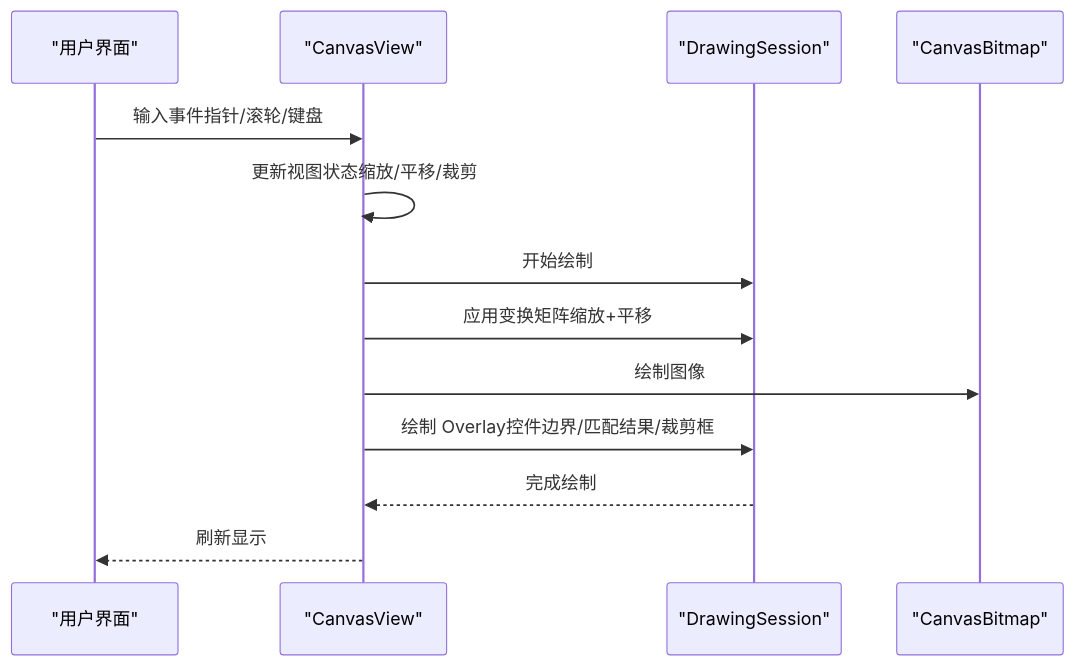
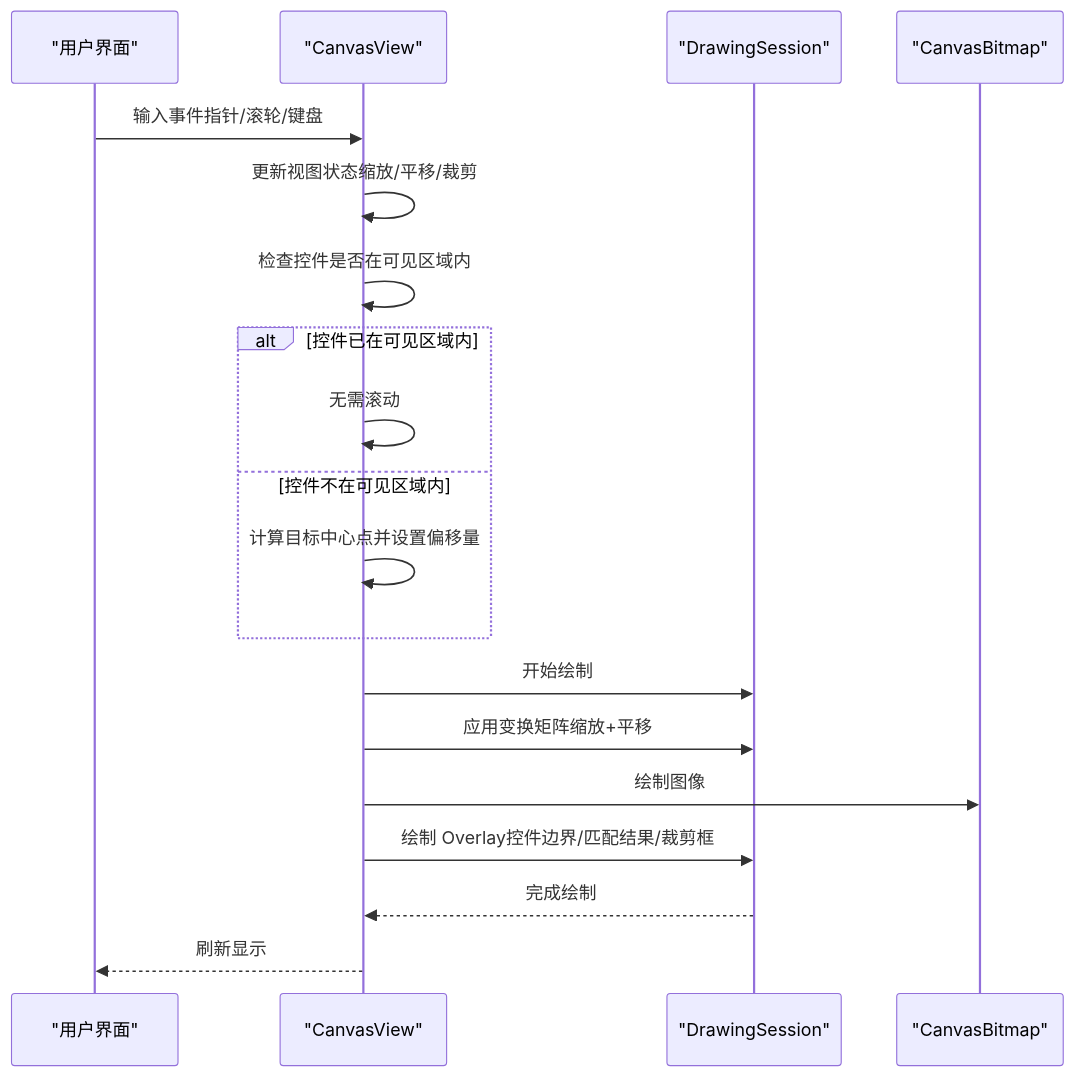
The second of 9 diagrams in .qoder/repowiki/zh/content/用户界面设计/Canvas 高性能渲染系统.md (terwer/autojs6-dev-tools), drawn with Mermaid before and after one commit. The commit also changed other lines of this file and 10 other files, not shown here.

````diff
--- a/.qoder/repowiki/zh/content/用户界面设计/Canvas 高性能渲染系统.md
+++ b/.qoder/repowiki/zh/content/用户界面设计/Canvas 高性能渲染系统.md
@@ -90,15 +98,21 @@
 ```mermaid
 sequenceDiagram
 participant UI as "用户界面"
 participant CV as "CanvasView"
 participant DS as "DrawingSession"
 participant CB as "CanvasBitmap"
 UI->>CV : 输入事件指针/滚轮/键盘
 CV->>CV : 更新视图状态缩放/平移/裁剪
+CV->>CV : 检查控件是否在可见区域内
+alt 控件已在可见区域内
+CV->>CV : 无需滚动
+else 控件不在可见区域内
+CV->>CV : 计算目标中心点并设置偏移量
+end
 CV->>DS : 开始绘制
 CV->>DS : 应用变换矩阵缩放+平移
 CV->>CB : 绘制图像
 CV->>DS : 绘制 Overlay控件边界/匹配结果/裁剪框
 DS-->>CV : 完成绘制
 CV-->>UI : 刷新显示
 ```
````
